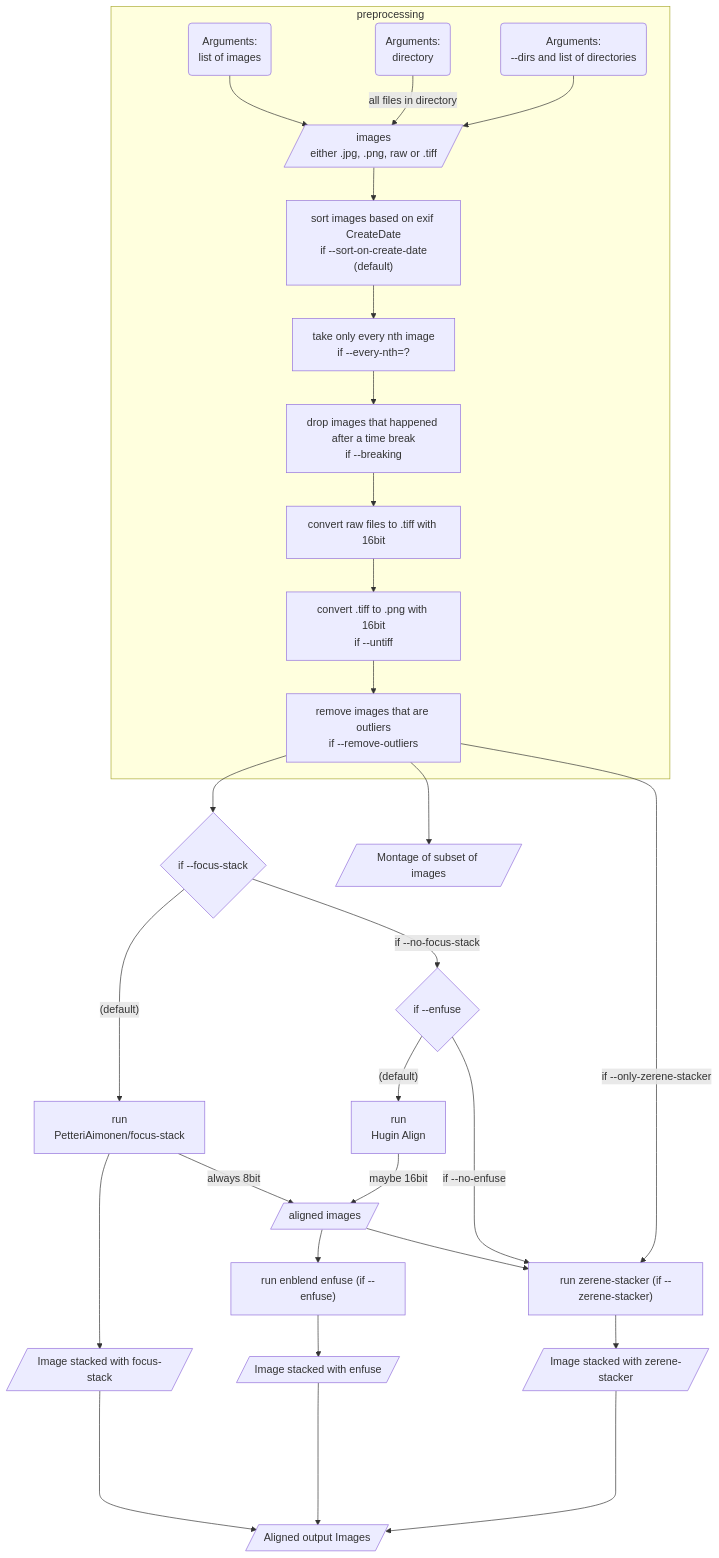
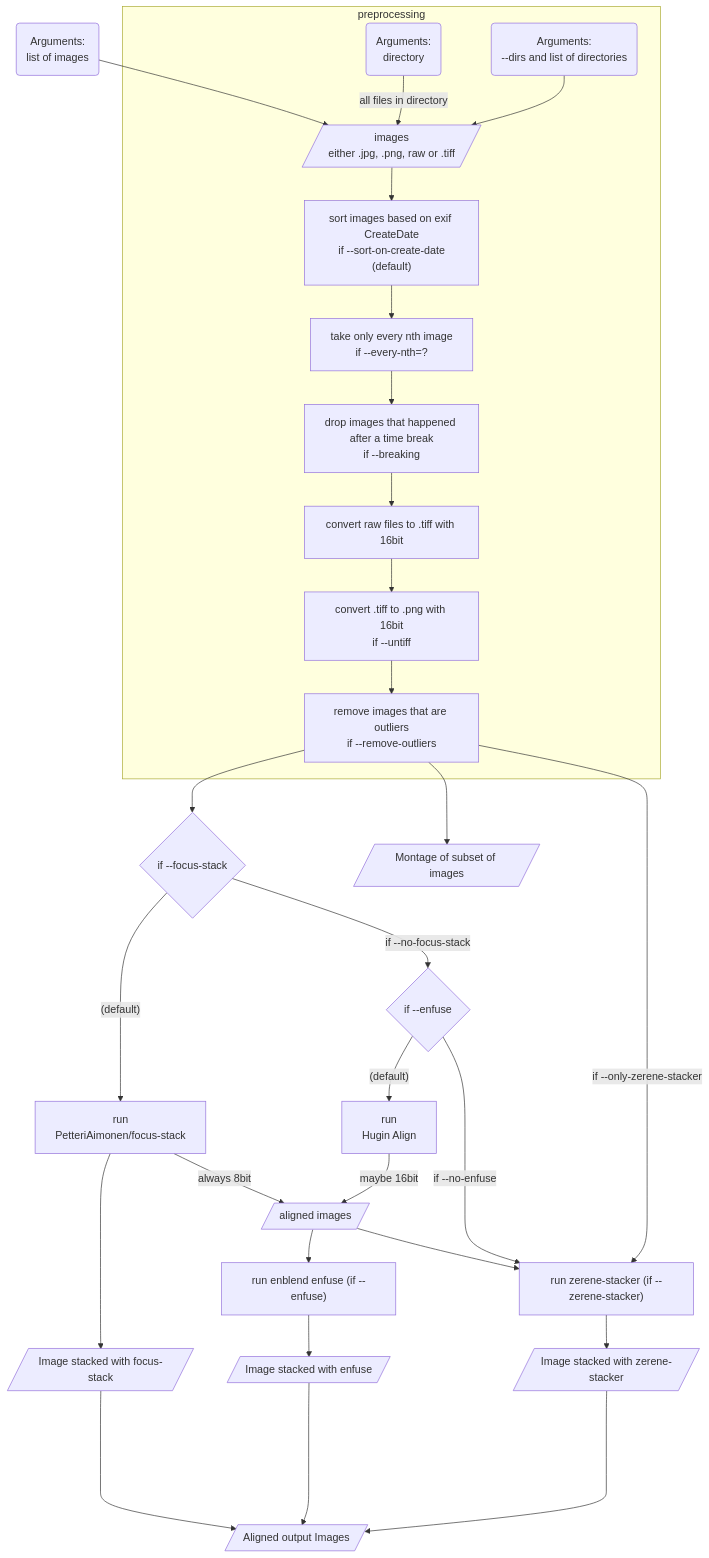
Before and after one commit to maxhbr/myphoto: the diagram in README.md, drawn with Mermaid.

Commit message:
syntax fix

````diff
--- a/README.md
+++ b/README.md
@@ -7,36 +7,36 @@
 ```mermaid
   graph TD;
       A1("Arguments:\nlist of images");
       A2("Arguments:\ndirectory");
       A3("Arguments:\n--dirs and list of directories");
+      A1 --> A[/"images\n either .jpg, .png, raw or .tiff"/];
       subgraph preprocessing
-        A1 --> A[/"images\n either .jpg, .png, raw or .tiff"/];
         A2 -- "all files in directory" --> A;
         A3 --> A;
         A --> B["sort images based on exif CreateDate\nif --sort-on-create-date\n(default)"];
         B --> C["take only every nth image\nif --every-nth=?"];
         C --> D["drop images that happened after a time break\nif --breaking"];
         D --> E["convert raw files to .tiff with 16bit"];
         E --> F["convert .tiff to .png with 16bit\nif --untiff"];
         F --> G["remove images that are outliers\nif --remove-outliers"];
       end
       G --> G'{"if --focus-stack"}
       G' -- "(default)" --> H1["run\nPetteriAimonen/focus-stack"];
       G' -- "if --no-focus-stack" --> H2'{"if --enfuse"}
       H2' -- "(default)" --> H2["run\nHugin Align"]
       H1 --> Z1[/"Image stacked with focus-stack"/]
       H1 -- "always 8bit" --> I[/"aligned images"/]
       H2 -- "maybe 16bit" --> I
       I --> J["run enblend enfuse (if --enfuse)"]
       J --> Z2[/"Image stacked with enfuse"/]
       I --> K["run zerene-stacker (if --zerene-stacker)"]
       H2' -- "if --no-enfuse" --> K
       K --> Z3[/"Image stacked with zerene-stacker"/]
       G --> ZZ[/"Montage of subset of images"/]
       G -- "if --only-zerene-stacker" --> K
 
       Z1 -----> ZA[/"Aligned output Images"/]
       Z2 -----> ZA
       Z3 -----> ZA
 
 ```
````
